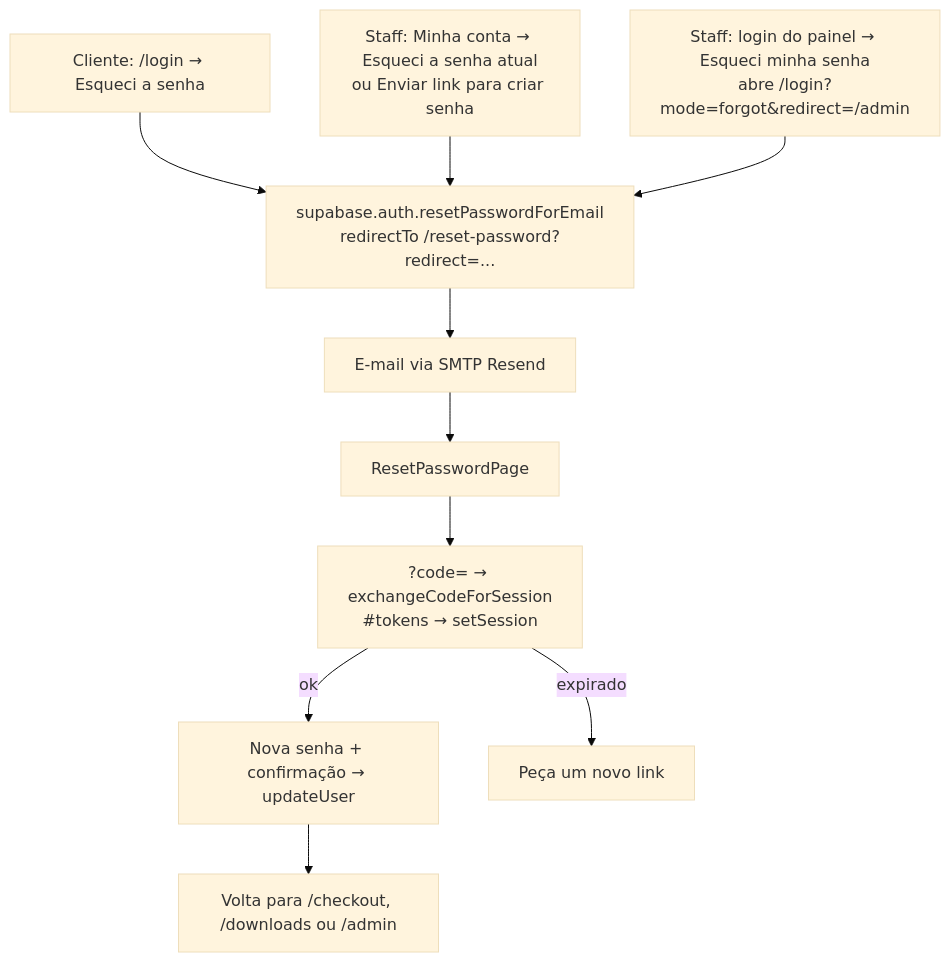
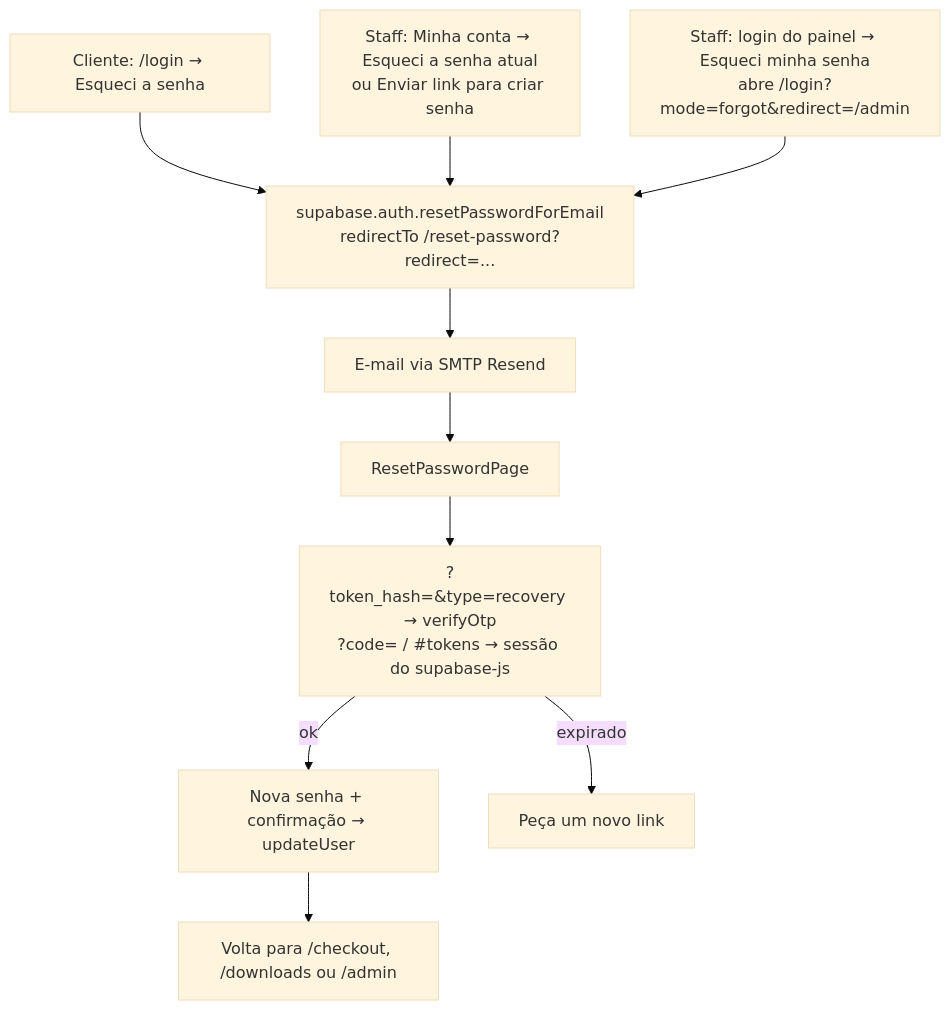
One commit to JoaoLuisC/Atelie-escolar changed diagram 12 of 17 in docs/05-FLUXOS.md. Above: the diagram before and after it, drawn with Mermaid (base theme). The commit also changed other lines of this file and 95 other files, not shown here.

````diff
--- a/docs/05-FLUXOS.md
+++ b/docs/05-FLUXOS.md
@@ -354,12 +414,12 @@
 ```mermaid
 flowchart TD
     A1[Cliente: /login → Esqueci a senha] --> B
     A2[Staff: Minha conta → Esqueci a senha atual<br/>ou Enviar link para criar senha] --> B
     A3[Staff: login do painel → Esqueci minha senha<br/>abre /login?mode=forgot&redirect=/admin] --> B
     B[supabase.auth.resetPasswordForEmail<br/>redirectTo /reset-password?redirect=...] --> C[E-mail via SMTP Resend]
     C --> D[ResetPasswordPage]
-    D --> E[?code= → exchangeCodeForSession<br/>#tokens → setSession]
+    D --> E[?token_hash=&type=recovery → verifyOtp<br/>?code= / #tokens → sessão do supabase-js]
     E -->|ok| F[Nova senha + confirmação → updateUser]
     E -->|expirado| G[Peça um novo link]
     F --> H[Volta para /checkout, /downloads ou /admin]
 ```
````
